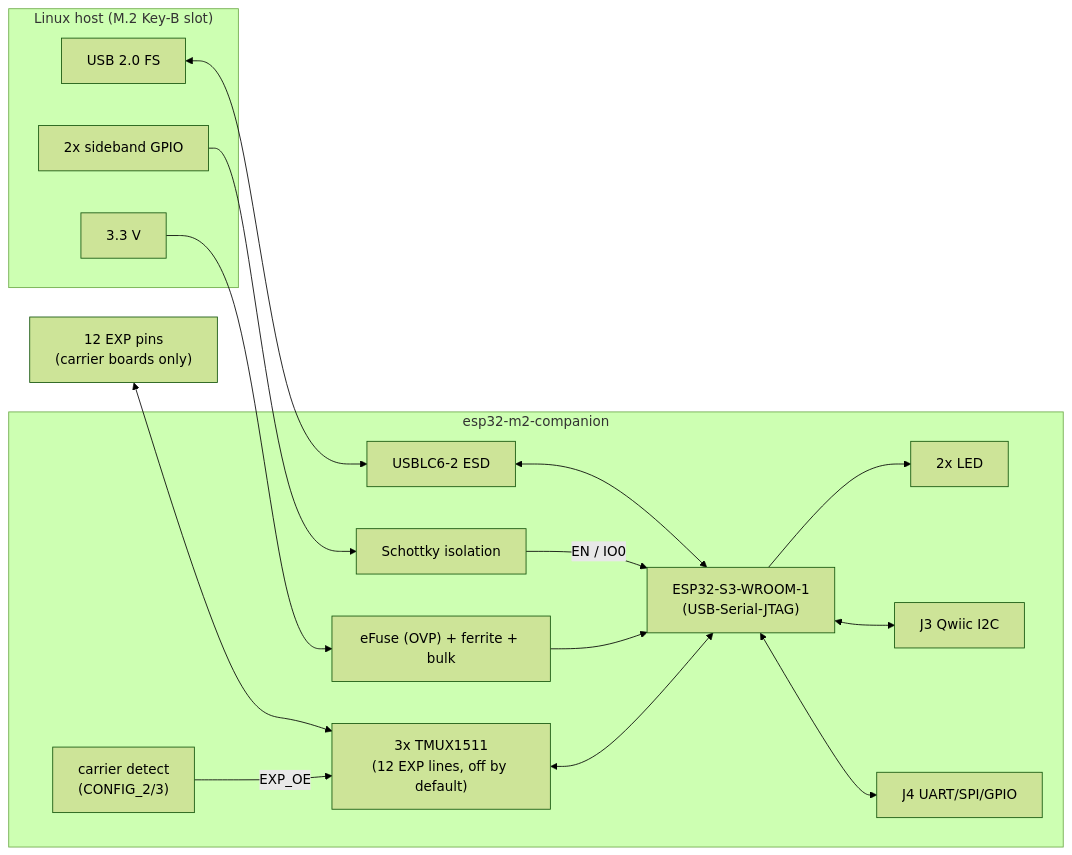
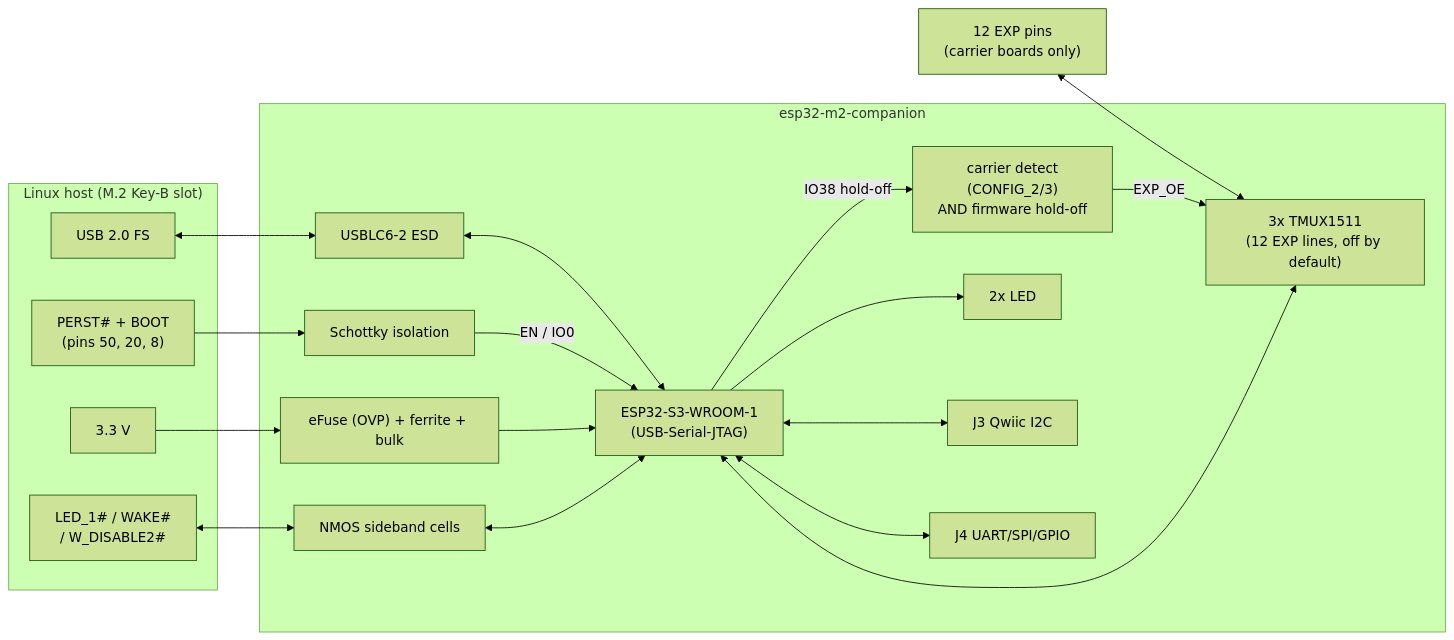
One commit to EstebanSannin/esp32-m2-companion changed the diagram in DATASHEET.md. Above: the diagram before and after it, drawn with Mermaid (forest theme). The commit also changed other lines of this file and 27 other files, not shown here.

````diff
--- a/DATASHEET.md
+++ b/DATASHEET.md
@@ -37,27 +46,31 @@
 ```mermaid
 flowchart LR
     subgraph HOST["Linux host (M.2 Key-B slot)"]
         USB["USB 2.0 FS"]
-        GPIOs["2x sideband GPIO"]
+        GPIOs["PERST# + BOOT\n(pins 50, 20, 8)"]
+        SB["LED_1# / WAKE#\n/ W_DISABLE2#"]
         PWR["3.3 V"]
     end
     subgraph CARD["esp32-m2-companion"]
         ESD["USBLC6-2 ESD"]
         DIODE["Schottky isolation"]
         FB["eFuse (OVP) + ferrite + bulk"]
         SW["3x TMUX1511\n(12 EXP lines, off by default)"]
-        DET["carrier detect\n(CONFIG_2/3)"]
+        DET["carrier detect\n(CONFIG_2/3)\nAND firmware hold-off"]
+        NMOS["NMOS sideband cells"]
         MCU["ESP32-S3-WROOM-1\n(USB-Serial-JTAG)"]
         LED["2x LED"]
         J3["J3 Qwiic I2C"]
         J4["J4 UART/SPI/GPIO"]
     end
     USB <--> ESD <--> MCU
     GPIOs --> DIODE -->|EN / IO0| MCU
     PWR --> FB --> MCU
     EXPB["12 EXP pins\n(carrier boards only)"] <--> SW <--> MCU
     DET -->|EXP_OE| SW
+    MCU -->|IO38 hold-off| DET
+    SB <--> NMOS <--> MCU
     MCU --> LED
     MCU <--> J3
     MCU <--> J4
 ```
````
